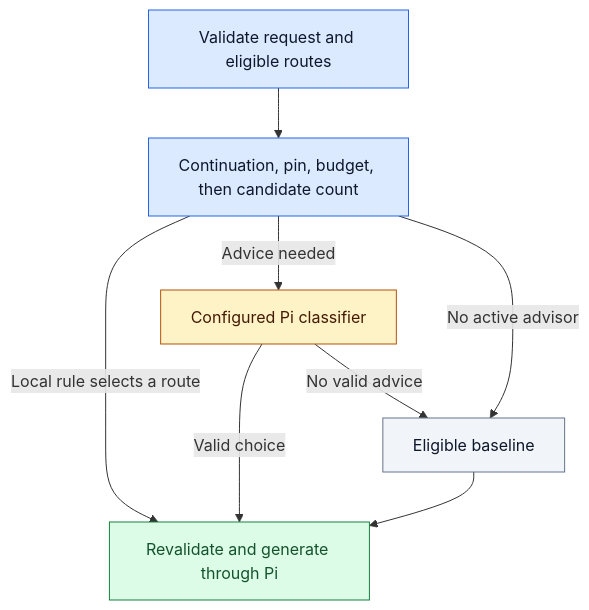
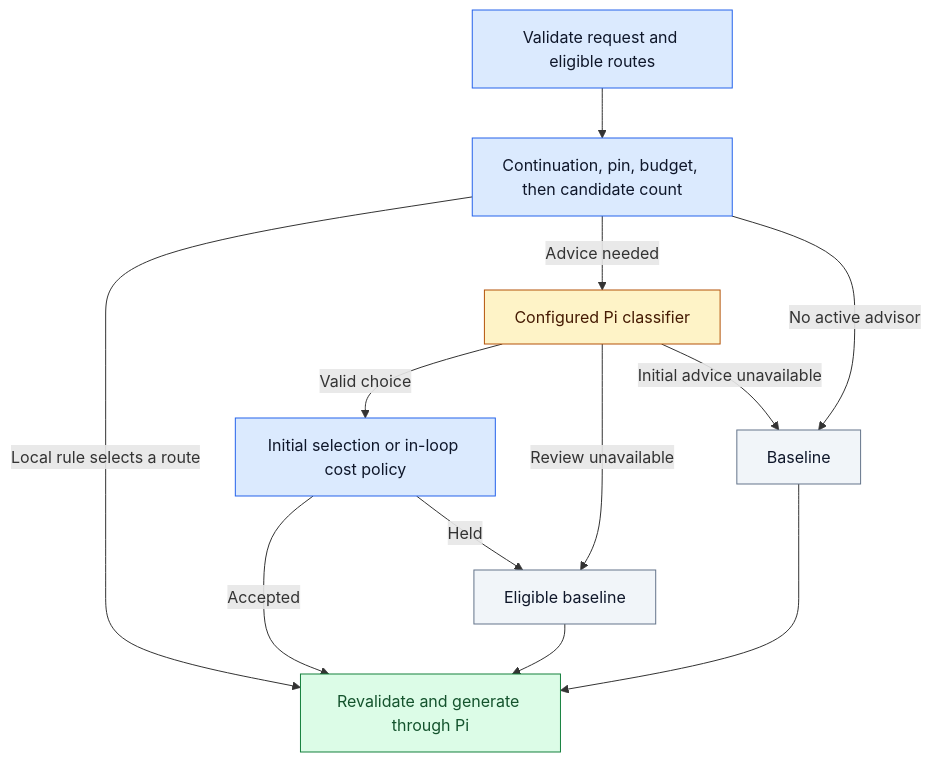
Before and after one commit to alexei-led/pi-model-router: the second of 3 diagrams in docs/architecture.md, drawn with Mermaid. The commit also changed other lines of this file and 7 other files, not shown here.

````diff
--- a/docs/architecture.md
+++ b/docs/architecture.md
@@ -51,18 +51,23 @@
 ```mermaid
 flowchart TD
     Start["Validate request and eligible routes"] --> Policy["Continuation, pin, budget, then candidate count"]
     Policy -->|"Local rule selects a route"| Generate["Revalidate and generate through Pi"]
     Policy -->|"Advice needed"| Advisor["Configured Pi classifier"]
-    Advisor -->|"Valid choice"| Generate
-    Advisor -->|"No valid advice"| Baseline["Eligible baseline"]
+    Advisor -->|"Valid choice"| Switch["Initial selection or in-loop cost policy"]
+    Switch -->|"Accepted"| Generate
+    Switch -->|"Held"| Incumbent["Eligible incumbent"]
+    Incumbent --> Generate
+    Advisor -->|"Initial advice unavailable"| Baseline
+    Advisor -->|"Review unavailable"| Incumbent["Eligible baseline"]
     Policy -->|"No active advisor"| Baseline
     Baseline --> Generate
     classDef policy fill:#dbeafe,stroke:#2563eb,color:#0f172a
     classDef advisor fill:#fef3c7,stroke:#b45309,color:#451a03
     classDef generation fill:#dcfce7,stroke:#15803d,color:#14532d
     classDef local fill:#f1f5f9,stroke:#64748b,color:#0f172a
-    class Start,Policy policy
+    class Start,Policy,Switch policy
+    class Incumbent local
     class Advisor advisor
     class Generate generation
     class Baseline local
 ```
````
